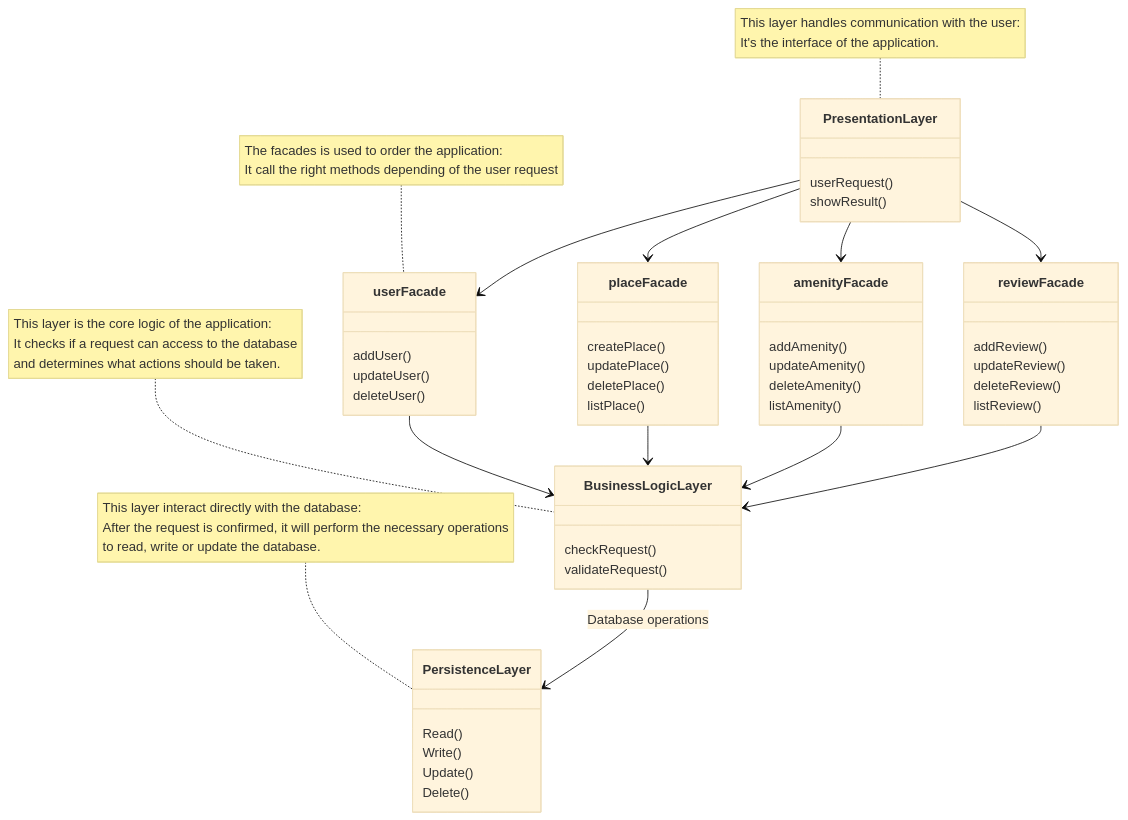
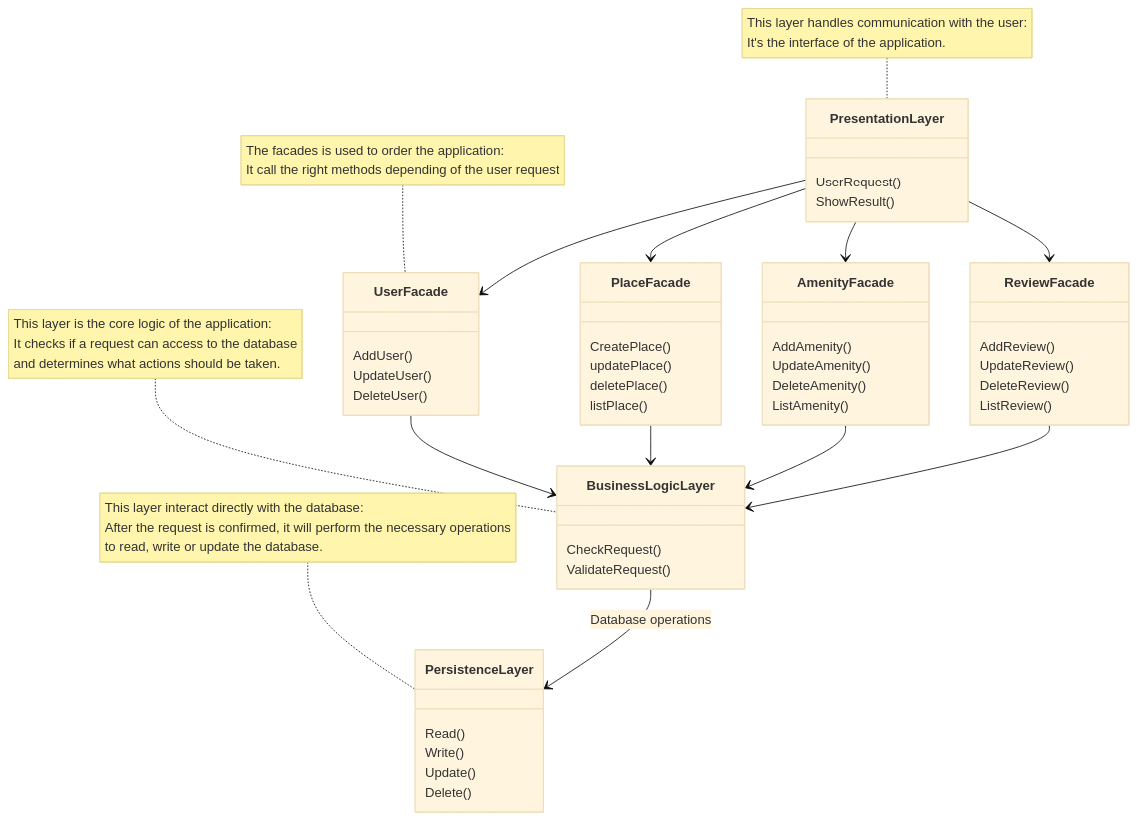
Before and after one commit to EnzoMessaoudi/holbertonschool-hbnb: the diagram in part1/High-Level_Package_Diagram.mermaid, drawn with Mermaid (base theme). The commit also changed 1 other file, not shown here.

```diff
--- a/part1/High-Level_Package_Diagram.mermaid
+++ b/part1/High-Level_Package_Diagram.mermaid
@@ -1,66 +1,66 @@
 classDiagram
 
 class PresentationLayer {
-    userRequest()
-    showResult()
+    UserRequest()
+    ShowResult()
 }
 
-class userFacade {
-    addUser()
-    updateUser()
-    deleteUser()
+class UserFacade {
+    AddUser()
+    UpdateUser()
+    DeleteUser()
 }
-class placeFacade{
-    createPlace()
+class PlaceFacade{
+    CreatePlace()
     updatePlace()
     deletePlace()
     listPlace()
 }
-class reviewFacade{
-    addReview()
-    updateReview()
-    deleteReview()
-    listReview()
+class ReviewFacade{
+    AddReview()
+    UpdateReview()
+    DeleteReview()
+    ListReview()
 }
-class amenityFacade{
-    addAmenity()
-    updateAmenity()
-    deleteAmenity()
-    listAmenity()
+class AmenityFacade{
+    AddAmenity()
+    UpdateAmenity()
+    DeleteAmenity()
+    ListAmenity()
 }
 
 class BusinessLogicLayer {
-    checkRequest()
-    validateRequest()
+    CheckRequest()
+    ValidateRequest()
 }
 
 class PersistenceLayer {
     Read()
     Write()
     Update()
     Delete()
 }
 
-PresentationLayer --> userFacade
-PresentationLayer --> placeFacade
-PresentationLayer --> amenityFacade
-PresentationLayer --> reviewFacade
-userFacade --> BusinessLogicLayer
-placeFacade --> BusinessLogicLayer
-amenityFacade --> BusinessLogicLayer
-reviewFacade --> BusinessLogicLayer
+PresentationLayer --> UserFacade
+PresentationLayer --> PlaceFacade
+PresentationLayer --> AmenityFacade
+PresentationLayer --> ReviewFacade
+UserFacade --> BusinessLogicLayer
+PlaceFacade --> BusinessLogicLayer
+AmenityFacade --> BusinessLogicLayer
+ReviewFacade --> BusinessLogicLayer
 BusinessLogicLayer --> PersistenceLayer : Database operations
 
 note for PresentationLayer "This layer handles communication with the user:
 It's the interface of the application."
 
 note for BusinessLogicLayer "This layer is the core logic of the application:
     It checks if a request can access to the database
     and determines what actions should be taken."
 
 note for PersistenceLayer "This layer interact directly with the database:
     After the request is confirmed, it will perform the necessary operations
     to read, write or update the database."
 
-note for userFacade "The facades is used to order the application:
+note for UserFacade "The facades is used to order the application:
 It call the right methods depending of the user request"
```
